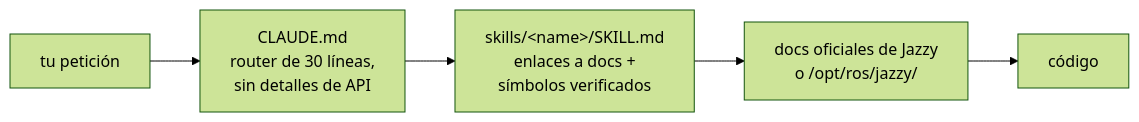
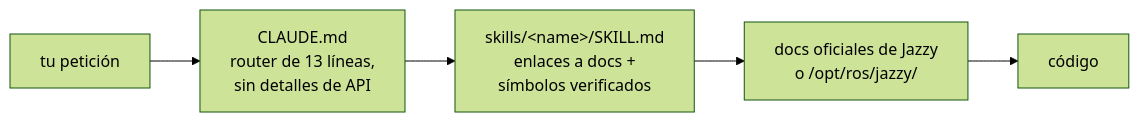
Before and after one commit to Leehyunbin0131/claude-ros2-skills: the diagram in README.es.md, drawn with Mermaid (forest theme). The commit also changed other lines of this file and 27 other files, not shown here.

````diff
--- a/README.es.md
+++ b/README.es.md
@@ -145,7 +145,7 @@
 ```mermaid
 flowchart LR
-    A["tu petición"] --> B["CLAUDE.md<br/>router de 30 líneas,<br/>sin detalles de API"]
+    A["tu petición"] --> B["CLAUDE.md<br/>router de 13 líneas,<br/>sin detalles de API"]
     B --> C["skills/&lt;name&gt;/SKILL.md<br/>enlaces a docs +<br/>símbolos verificados"]
     C --> D["docs oficiales de Jazzy<br/>o /opt/ros/jazzy/"]
     D --> E["código"]
 ```
````
